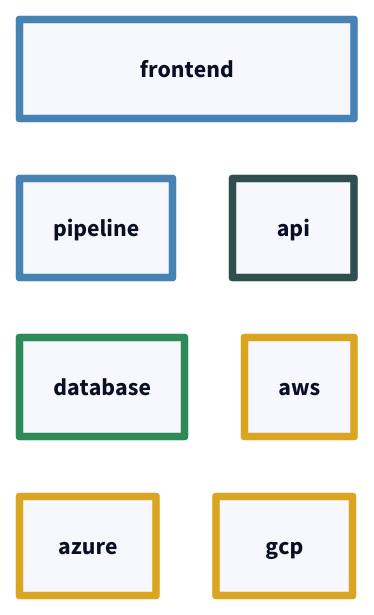
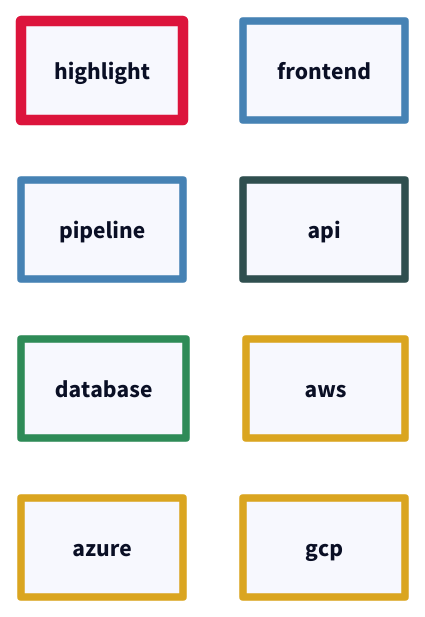
The diagram in manual/classes/sequence.d2 (brantmerrell/diagrams), drawn with D2 before and after one commit. The commit also changed 20 other files, not shown here.

```diff
--- a/manual/classes/sequence.d2
+++ b/manual/classes/sequence.d2
@@ -1,43 +1,49 @@
 grid-rows: 4
+highlight: {
+  style: {
+    stroke: Crimson
+    stroke-width: 7
+  }
+}
 frontend: {
   style: {
     stroke: SteelBlue
     stroke-width: 5
   }
 }
 pipeline: {
   style: {
     stroke: SteelBlue
     stroke-width: 5
   }
 }
 api: {
   style: {
     stroke-width: 5
     stroke: DarkSlateGray
   }
 }
 database: {
   style: {
     stroke: SeaGreen
     stroke-width: 5
   }
 }
 aws: {
   style: {
     stroke: Goldenrod
     stroke-width: 5
   }
 }
 azure: {
   style: {
     stroke: Goldenrod
     stroke-width: 5
   }
 }
 gcp: {
   style: {
     stroke: Goldenrod
     stroke-width: 5
   }
 }
```
